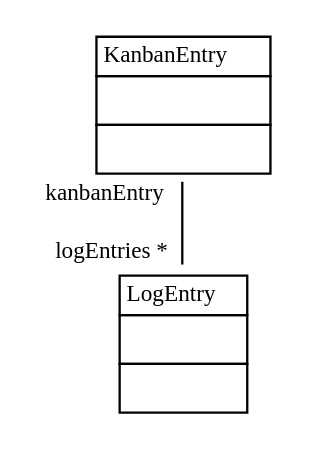
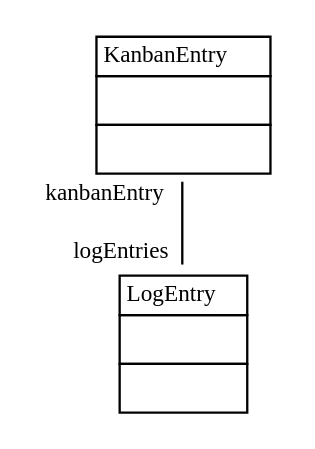
Before and after one commit to fujaba/SDMLib: the diagram in doc/ScenarioClasses.001.dot, drawn with Graphviz. The commit also changed other lines of this file and 57 other files, not shown here.

Commit message:
fixed problem with external class TimerPO svg graphics are now visible in exclipse internal browser, too.

```diff
--- a/doc/ScenarioClasses.001.dot
+++ b/doc/ScenarioClasses.001.dot
@@ -1,13 +1,13 @@
 
  digraph ClassDiagram {
     node [shape = none, fontsize = 10]; 
     edge [fontsize = 10];
     
     
-    _KanbanEntry [label=<<table border='0' cellborder='1' cellspacing='0'> <tr> <td>KanbanEntry</td> </tr> <tr><td><table border='0' cellborder='0' cellspacing='0'> <tr><td> </td></tr> </table></td></tr> <tr><td><table border='0' cellborder='0' cellspacing='0'> <tr><td> </td></tr> </table></td></tr> </table>>];
-    _LogEntry [label=<<table border='0' cellborder='1' cellspacing='0'> <tr> <td>LogEntry</td> </tr> <tr><td><table border='0' cellborder='0' cellspacing='0'> <tr><td> </td></tr> </table></td></tr> <tr><td><table border='0' cellborder='0' cellspacing='0'> <tr><td> </td></tr> </table></td></tr> </table>>];
+    _KanbanEntry [label=<<table border='0' cellborder='1' cellspacing='0'> <tr> <td HREF="../src/org/sdmlib/scenarios/KanbanEntry.java">KanbanEntry</td> </tr> <tr><td><table border='0' cellborder='0' cellspacing='0'> <tr><td> </td></tr> </table></td></tr> <tr><td><table border='0' cellborder='0' cellspacing='0'> <tr><td> </td></tr> </table></td></tr> </table>>];
+    _LogEntry [label=<<table border='0' cellborder='1' cellspacing='0'> <tr> <td HREF="../src/org/sdmlib/scenarios/LogEntry.java">LogEntry</td> </tr> <tr><td><table border='0' cellborder='0' cellspacing='0'> <tr><td> </td></tr> </table></td></tr> <tr><td><table border='0' cellborder='0' cellspacing='0'> <tr><td> </td></tr> </table></td></tr> </table>>];
     
     
     
-    _KanbanEntry -> _LogEntry [headlabel = "logEntries *" taillabel = "kanbanEntry" arrowhead = "none" ];
+    _KanbanEntry -> _LogEntry [headlabel = "logEntries" taillabel = "kanbanEntry" arrowhead = "none" ];
 }
```
